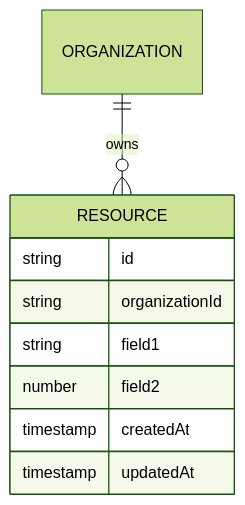
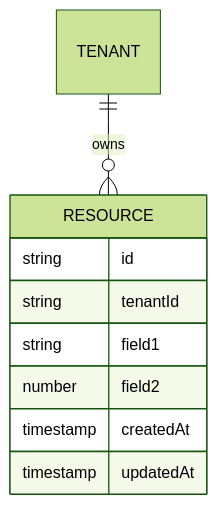
Before and after one commit to Improve-To-Grow/MUSUBI: the fifth of 5 diagrams in src/templates/shared/documents/design.md, drawn with Mermaid (forest theme). The commit also changed other lines of this file and 57 other files, not shown here.

````diff
--- a/src/templates/shared/documents/design.md
+++ b/src/templates/shared/documents/design.md
@@ -326,12 +326,12 @@
 ```mermaid
 erDiagram
-    ORGANIZATION ||--o{ RESOURCE : owns
+    TENANT ||--o{ RESOURCE : owns
     RESOURCE {
         string id
-        string organizationId
+        string tenantId
         string field1
         number field2
         timestamp createdAt
         timestamp updatedAt
     }
 ```
````
